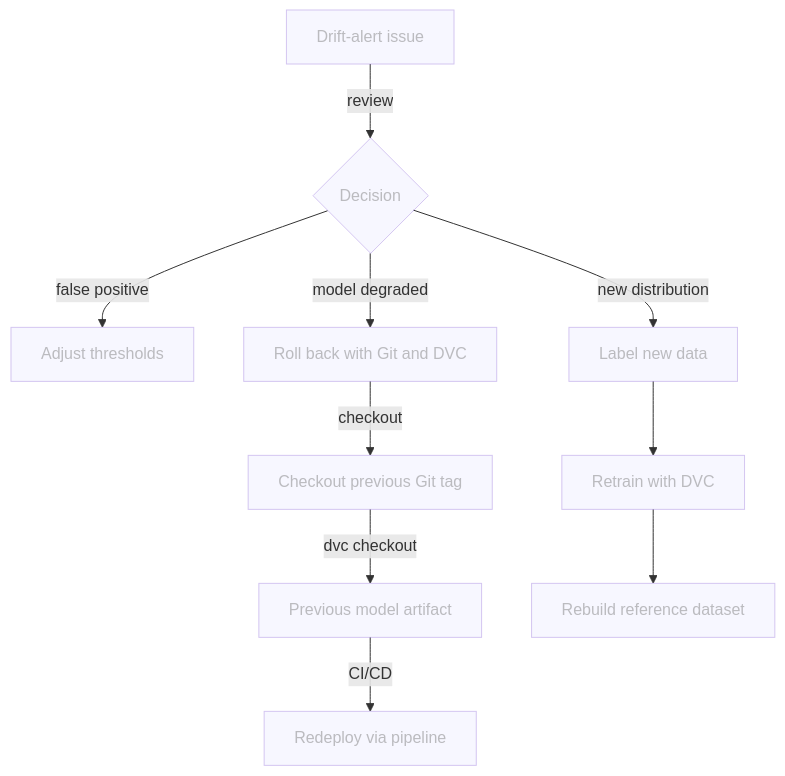
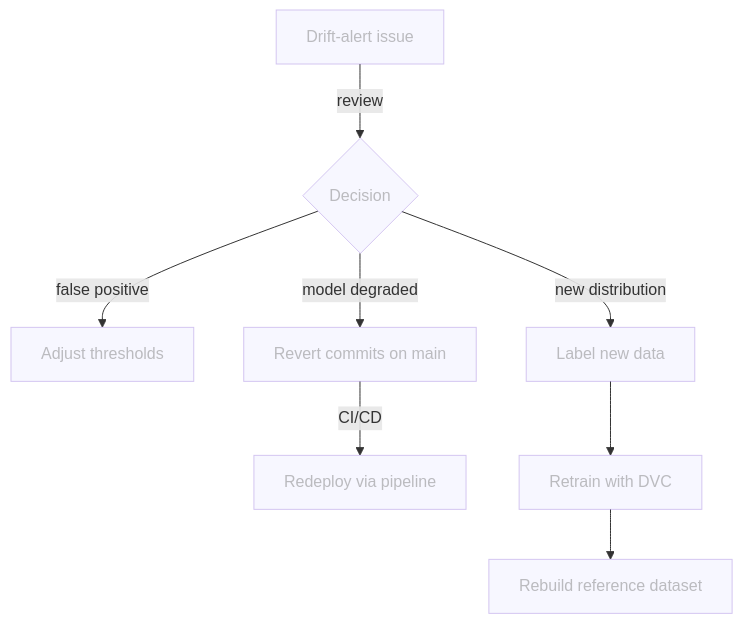
The diagram in docs/part-4-monitor-and-maintain/chapter-45-review-drift-alerts-and-decide-on-action.md (swiss-ai-center/a-guide-to-mlops), drawn with Mermaid before and after one commit. The commit also changed other lines of this file, not shown here.

Commit message:
Simplify the rollback procedure and wording in chapter 4.5 (#461)

````diff
--- a/docs/part-4-monitor-and-maintain/chapter-45-review-drift-alerts-and-decide-on-action.md
+++ b/docs/part-4-monitor-and-maintain/chapter-45-review-drift-alerts-and-decide-on-action.md
@@ -35,23 +34,19 @@
 ```mermaid
 flowchart TB
     issue[Drift-alert issue] -->|review| decision{Decision}
     decision -->|false positive| tune[Adjust thresholds]
-    decision -->|model degraded| rollback[Roll back with Git and DVC]
-    rollback -->|checkout| git_rollback[Checkout previous Git tag]
-    git_rollback -->|dvc checkout| old_model[Previous model artifact]
-    old_model -->|CI/CD| redeploy[Redeploy via pipeline]
+    decision -->|model degraded| rollback[Revert commits on main]
+    rollback -->|CI/CD| redeploy[Redeploy via pipeline]
     decision -->|new distribution| label[Label new data]
     label --> retrain[Retrain with DVC]
     retrain --> new_reference[Rebuild reference dataset]
 
     style issue opacity:0.4,color:#7f7f7f80
     style decision opacity:0.4,color:#7f7f7f80
     style tune opacity:0.4,color:#7f7f7f80
     style rollback opacity:0.4,color:#7f7f7f80
-    style git_rollback opacity:0.4,color:#7f7f7f80
-    style old_model opacity:0.4,color:#7f7f7f80
     style redeploy opacity:0.4,color:#7f7f7f80
     style label opacity:0.4,color:#7f7f7f80
     style retrain opacity:0.4,color:#7f7f7f80
     style new_reference opacity:0.4,color:#7f7f7f80
 ```
````
